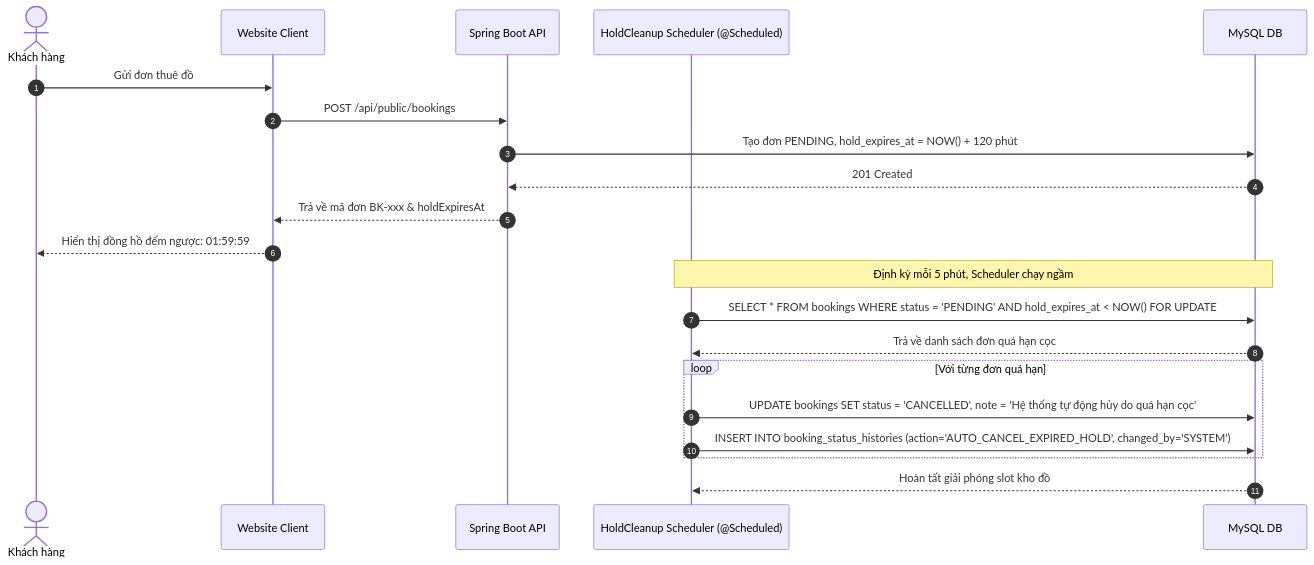
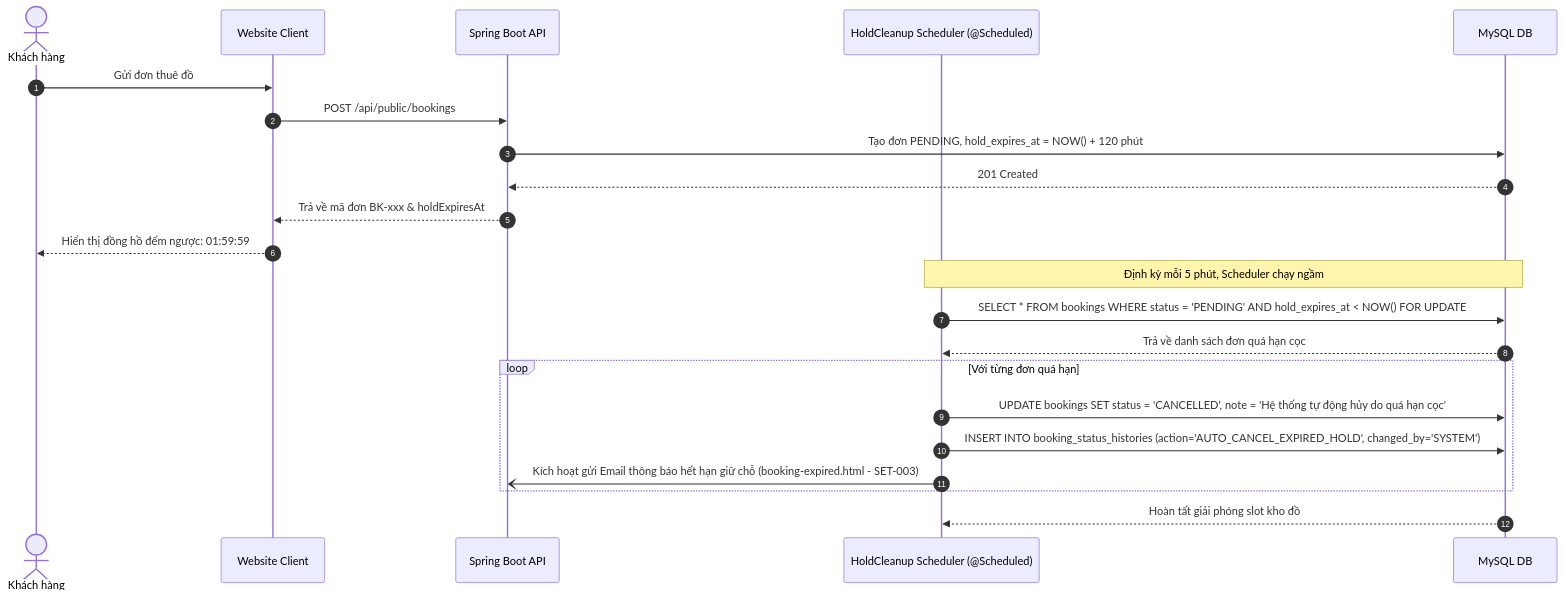
One commit to Exorcist11/chickie-studio changed the second of 2 diagrams in docs/features/booking/BOK-007-tu-dong-nha-slot-qua-han-coc.md. Above: the diagram before and after it, drawn with Mermaid. The commit also changed other lines of this file and 16 other files, not shown here.

````diff
--- a/docs/features/booking/BOK-007-tu-dong-nha-slot-qua-han-coc.md
+++ b/docs/features/booking/BOK-007-tu-dong-nha-slot-qua-han-coc.md
@@ -65,25 +65,26 @@
 ```mermaid
 sequenceDiagram
     autonumber
     actor Customer as Khách hàng
     participant Client as Website Client
     participant Server as Spring Boot API
     participant Job as HoldCleanup Scheduler (@Scheduled)
     participant DB as MySQL DB
 
     Customer->>Client: Gửi đơn thuê đồ
     Client->>Server: POST /api/public/bookings
     Server->>DB: Tạo đơn PENDING, hold_expires_at = NOW() + 120 phút
     DB-->>Server: 201 Created
     Server-->>Client: Trả về mã đơn BK-xxx & holdExpiresAt
     Client-->>Customer: Hiển thị đồng hồ đếm ngược: 01:59:59
 
     Note over Job,DB: Định kỳ mỗi 5 phút, Scheduler chạy ngầm
     Job->>DB: SELECT * FROM bookings WHERE status = 'PENDING' AND hold_expires_at < NOW() FOR UPDATE
     DB-->>Job: Trả về danh sách đơn quá hạn cọc
     loop Với từng đơn quá hạn
         Job->>DB: UPDATE bookings SET status = 'CANCELLED', note = 'Hệ thống tự động hủy do quá hạn cọc'
         Job->>DB: INSERT INTO booking_status_histories (action='AUTO_CANCEL_EXPIRED_HOLD', changed_by='SYSTEM')
+        Job-)Server: Kích hoạt gửi Email thông báo hết hạn giữ chỗ (booking-expired.html - SET-003)
     end
     DB-->>Job: Hoàn tất giải phóng slot kho đồ
 ```
````
